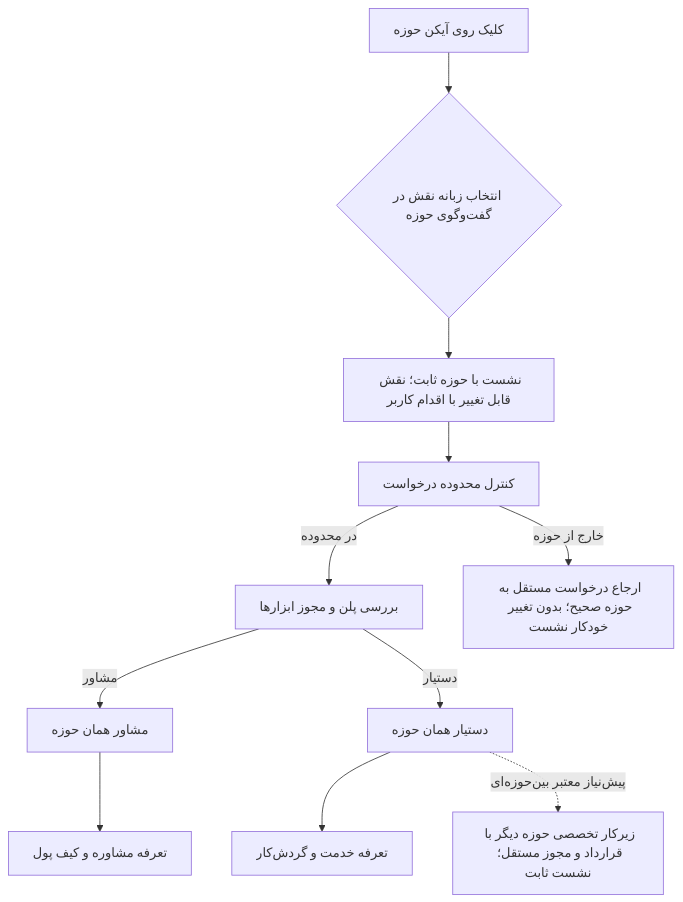
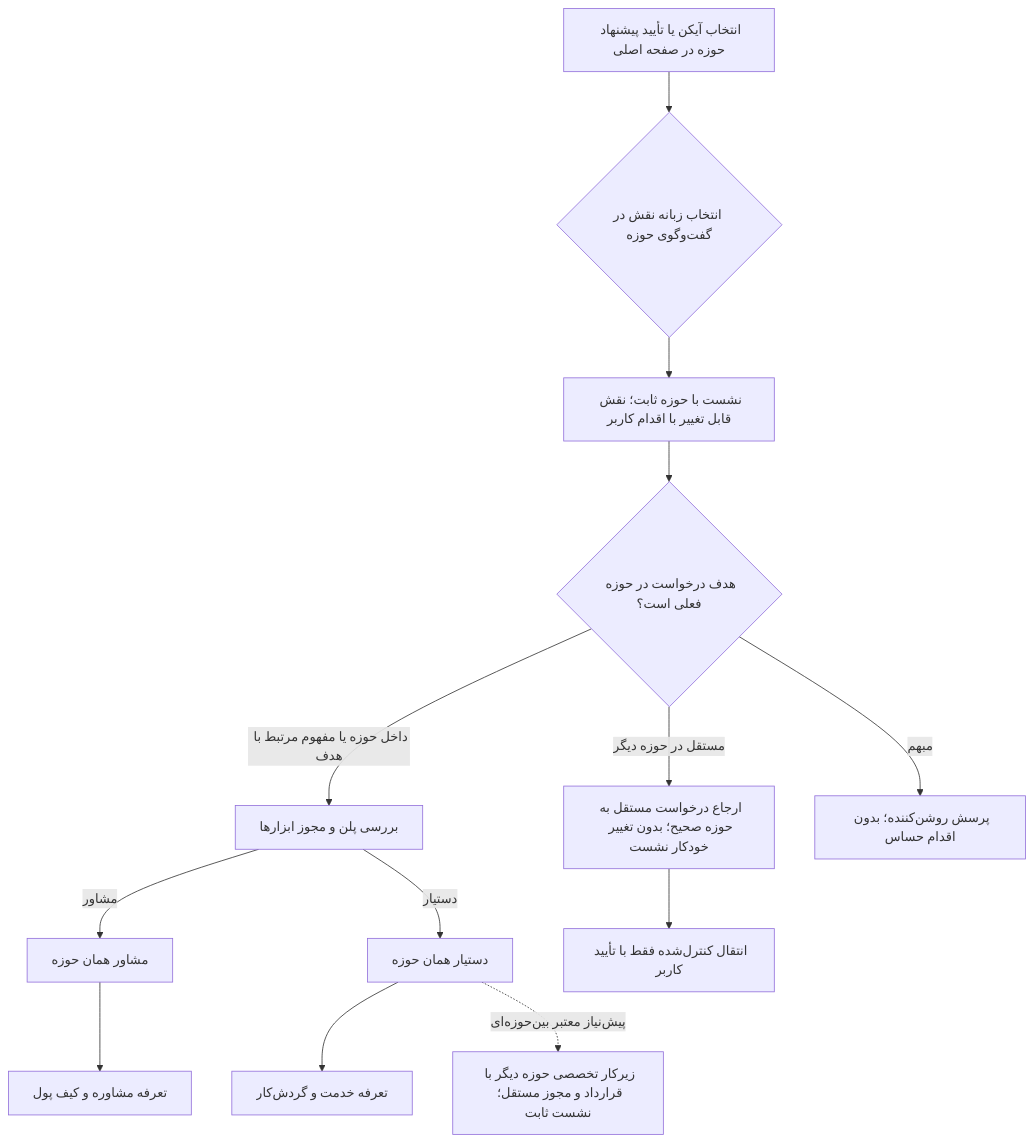
One commit to Brotherlouiee/shahab-demo changed the sixth of 26 diagrams in docs/SHAHAB_PHASE_2_DEVELOPMENT_BLUEPRINT.md. Above: the diagram before and after it, drawn with Mermaid. The commit also changed other lines of this file, not shown here.

````diff
--- a/docs/SHAHAB_PHASE_2_DEVELOPMENT_BLUEPRINT.md
+++ b/docs/SHAHAB_PHASE_2_DEVELOPMENT_BLUEPRINT.md
@@ -862,20 +862,22 @@
 ```mermaid
 flowchart TD
-    A["کلیک روی آیکن حوزه"]
+    A["انتخاب آیکن یا تأیید پیشنهاد حوزه در صفحه اصلی"]
     B{"انتخاب زبانه نقش در گفت‌وگوی حوزه"}
     C["نشست با حوزه ثابت؛ نقش قابل تغییر با اقدام کاربر"]
-    D["کنترل محدوده درخواست"]
+    D{"هدف درخواست در حوزه فعلی است؟"}
     E["بررسی پلن و مجوز ابزارها"]
     F["مشاور همان حوزه"]
     G["دستیار همان حوزه"]
     H["ارجاع درخواست مستقل به حوزه صحیح؛ بدون تغییر خودکار نشست"]
     X["زیرکار تخصصی حوزه دیگر با قرارداد و مجوز مستقل؛ نشست ثابت"]
     I["تعرفه مشاوره و کیف پول"]
     J["تعرفه خدمت و گردش‌کار"]
     A --> B --> C --> D
-    D -->|خارج از حوزه| H
-    D -->|در محدوده| E
+    D -->|مستقل در حوزه دیگر| H
+    D -->|داخل حوزه یا مفهوم مرتبط با هدف| E
+    D -->|مبهم| Q["پرسش روشن‌کننده؛ بدون اقدام حساس"]
+    H --> T["انتقال کنترل‌شده فقط با تأیید کاربر"]
     E -->|مشاور| F --> I
     E -->|دستیار| G --> J
     G -. "پیش‌نیاز معتبر بین‌حوزه‌ای" .-> X
 ```
````
